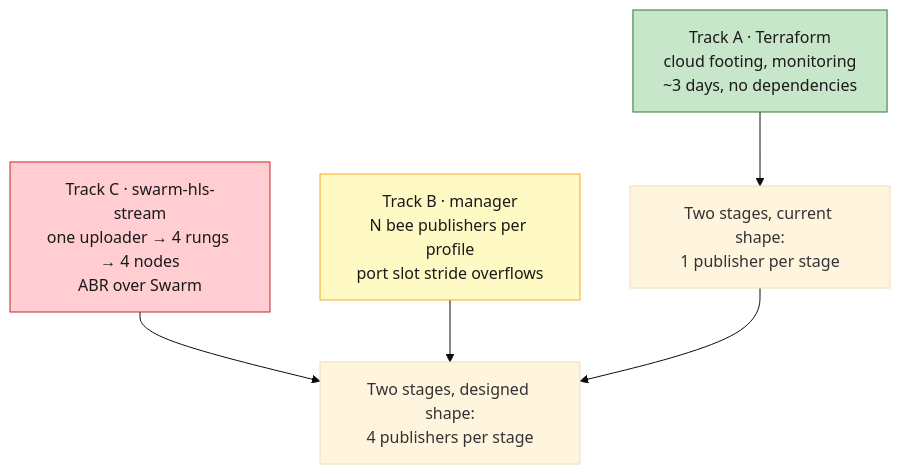
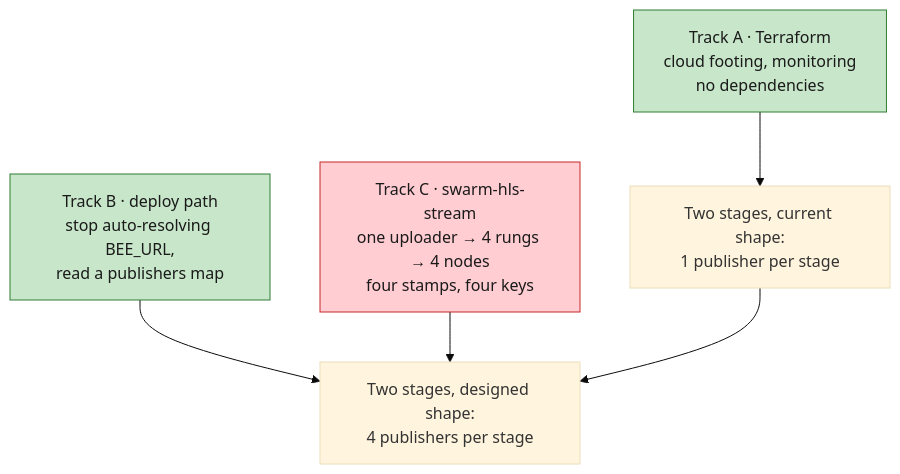
The first of 2 diagrams in two-stage-terraform.md (Solar-Punk-Ltd/streaming-monorepo), drawn with Mermaid (base theme) before and after one commit. The commit also changed other lines of this file, not shown here.

First line of the commit message:
docs: decouple the publishers from the media profile

````diff
--- a/two-stage-terraform.md
+++ b/two-stage-terraform.md
@@ -136,13 +140,13 @@
 ```mermaid
 flowchart TB
-    A["Track A · Terraform<br/>cloud footing, monitoring<br/>~3 days, no dependencies"]
-    B["Track B · manager<br/>N bee publishers per profile<br/>port slot stride overflows"]
-    C["Track C · swarm-hls-stream<br/>one uploader → 4 rungs → 4 nodes<br/>ABR over Swarm"]
+    A["Track A · Terraform<br/>cloud footing, monitoring<br/>no dependencies"]
+    B["Track B · deploy path<br/>stop auto-resolving BEE_URL,<br/>read a publishers map"]
+    C["Track C · swarm-hls-stream<br/>one uploader → 4 rungs → 4 nodes<br/>four stamps, four keys"]
     A --> D["Two stages, current shape:<br/>1 publisher per stage"]
-    C --> E["Two stages, designed shape:<br/>4 publishers per stage"]
-    B --> E
+    B --> E["Two stages, designed shape:<br/>4 publishers per stage"]
+    C --> E
     D --> E
     style A fill:#c8e6c9,stroke:#2e7d32,color:#1a1a1a
-    style B fill:#fff9c4,stroke:#f9a825,color:#1a1a1a
+    style B fill:#c8e6c9,stroke:#2e7d32,color:#1a1a1a
     style C fill:#ffcdd2,stroke:#c62828,color:#1a1a1a
 ```
````
